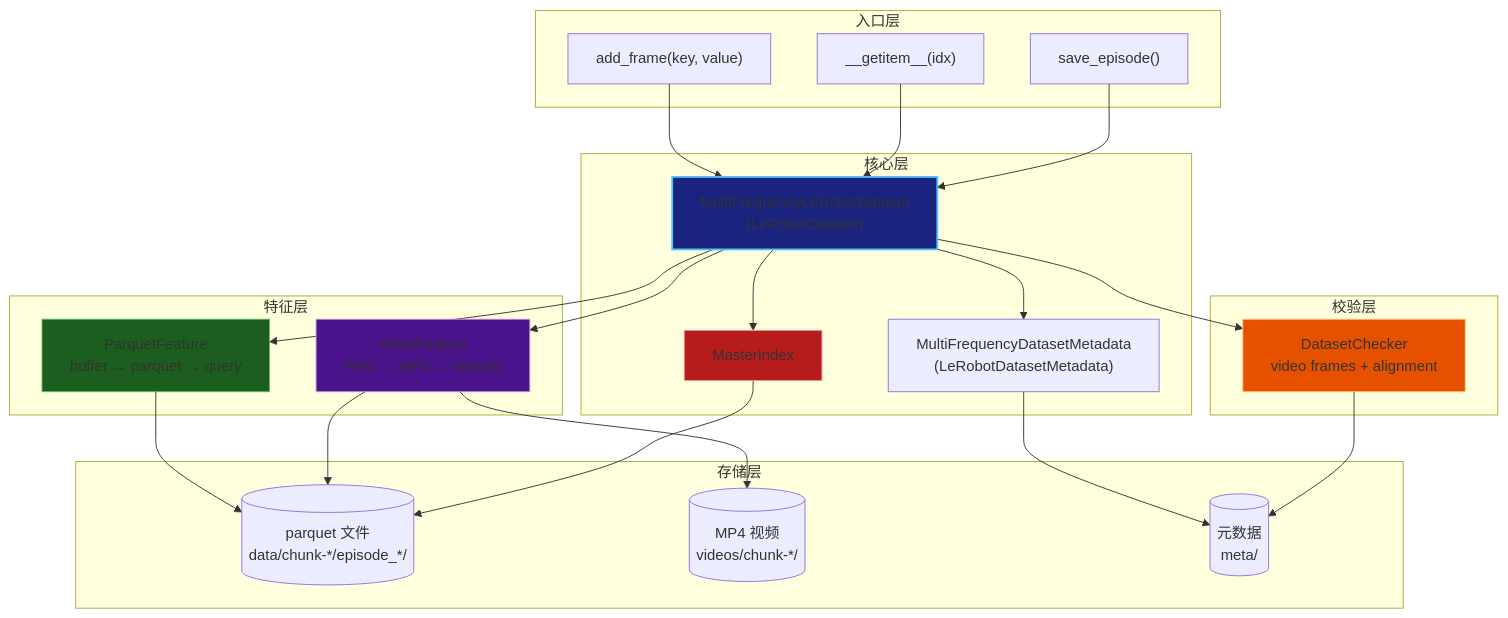
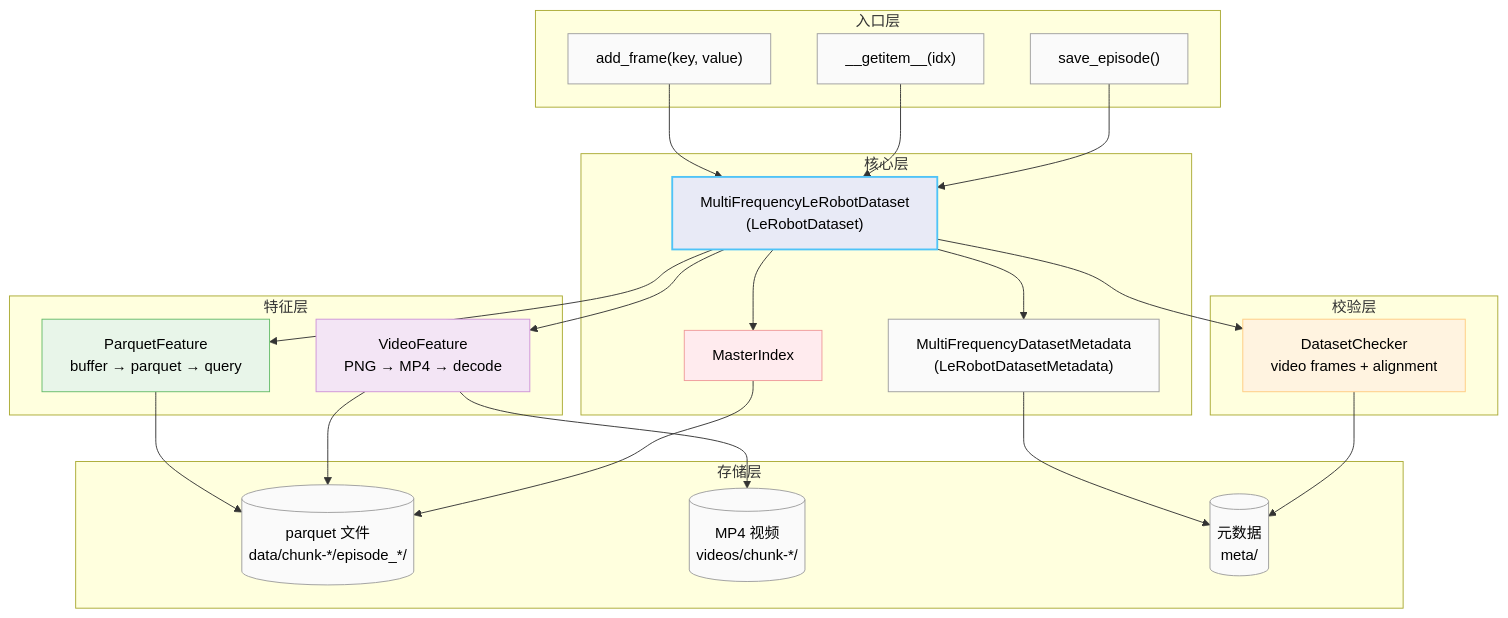
The fifth of 5 diagrams in README.md (Koorye/Multi-Frequency-LeRobot), drawn with Mermaid before and after one commit. The commit also changed other lines of this file, not shown here.

````diff
--- a/README.md
+++ b/README.md
@@ -426,50 +426,57 @@
 ```mermaid
 flowchart TB
     subgraph Entry["入口层"]
         AF["add_frame(key, value)"]
         GI["__getitem__(idx)"]
         SE["save_episode()"]
     end
 
     subgraph Core["核心层"]
         DS["MultiFrequencyLeRobotDataset<br/>(LeRobotDataset)"]
         IX["MasterIndex"]
         MD["MultiFrequencyDatasetMetadata<br/>(LeRobotDatasetMetadata)"]
     end
 
     subgraph Features["特征层"]
         PF["ParquetFeature<br/>buffer → parquet → query"]
         VF["VideoFeature<br/>PNG → MP4 → decode"]
     end
 
     subgraph Validate["校验层"]
         CK["DatasetChecker<br/>video frames + alignment"]
     end
 
     subgraph Store["存储层"]
         PQ[("parquet 文件<br/>data/chunk-*/episode_*/")]
         MP4[("MP4 视频<br/>videos/chunk-*/")]
         META[("元数据<br/>meta/")]
     end
 
     AF --> DS
     GI --> DS
     SE --> DS
     DS --> IX
     DS --> MD
     DS --> PF
     DS --> VF
     DS --> CK
     PF --> PQ
     VF --> MP4
     VF --> PQ
     IX --> PQ
     MD --> META
     CK --> META
 
-    style DS fill:#1a237e,stroke:#4fc3f7,stroke-width:2px
-    style PF fill:#1b5e20,stroke:#66bb6a
-    style VF fill:#4a148c,stroke:#ce93d8
-    style IX fill:#b71c1c,stroke:#ef9a9a
-    style CK fill:#e65100,stroke:#ffcc80
+    style DS fill:#e8eaf6,stroke:#4fc3f7,stroke-width:2px,color:#000
+    style PF fill:#e8f5e9,stroke:#66bb6a,color:#000
+    style VF fill:#f3e5f5,stroke:#ce93d8,color:#000
+    style IX fill:#ffebee,stroke:#ef9a9a,color:#000
+    style CK fill:#fff3e0,stroke:#ffcc80,color:#000
+    style AF fill:#fafafa,stroke:#9e9e9e,color:#000
+    style GI fill:#fafafa,stroke:#9e9e9e,color:#000
+    style SE fill:#fafafa,stroke:#9e9e9e,color:#000
+    style MD fill:#fafafa,stroke:#9e9e9e,color:#000
+    style PQ fill:#fafafa,stroke:#9e9e9e,color:#000
+    style MP4 fill:#fafafa,stroke:#9e9e9e,color:#000
+    style META fill:#fafafa,stroke:#9e9e9e,color:#000
 ```
````
